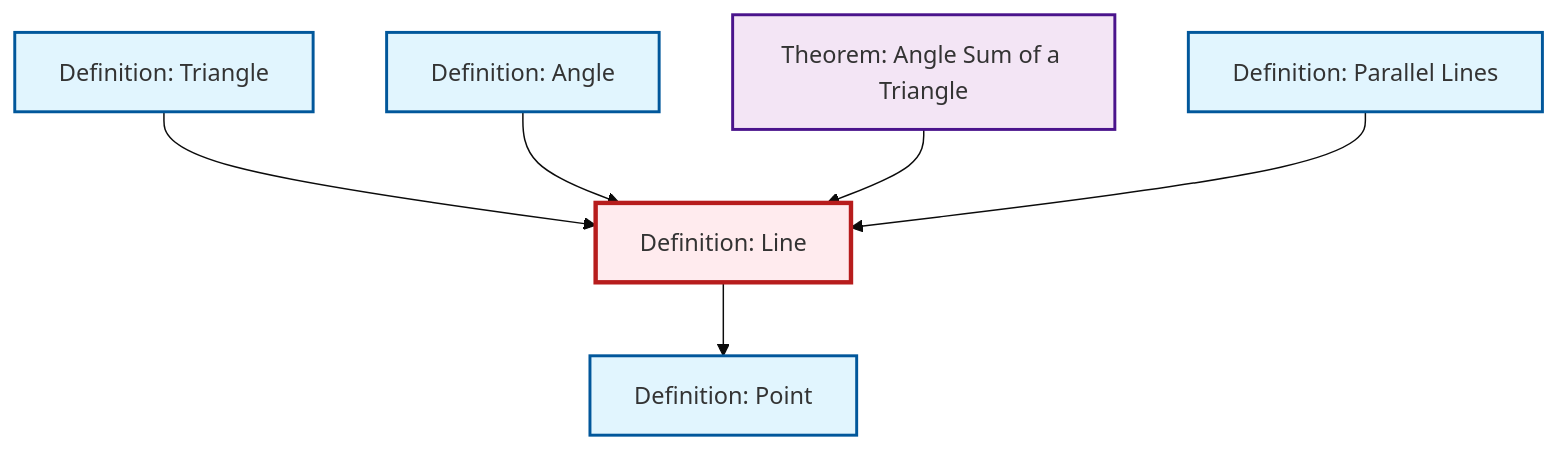
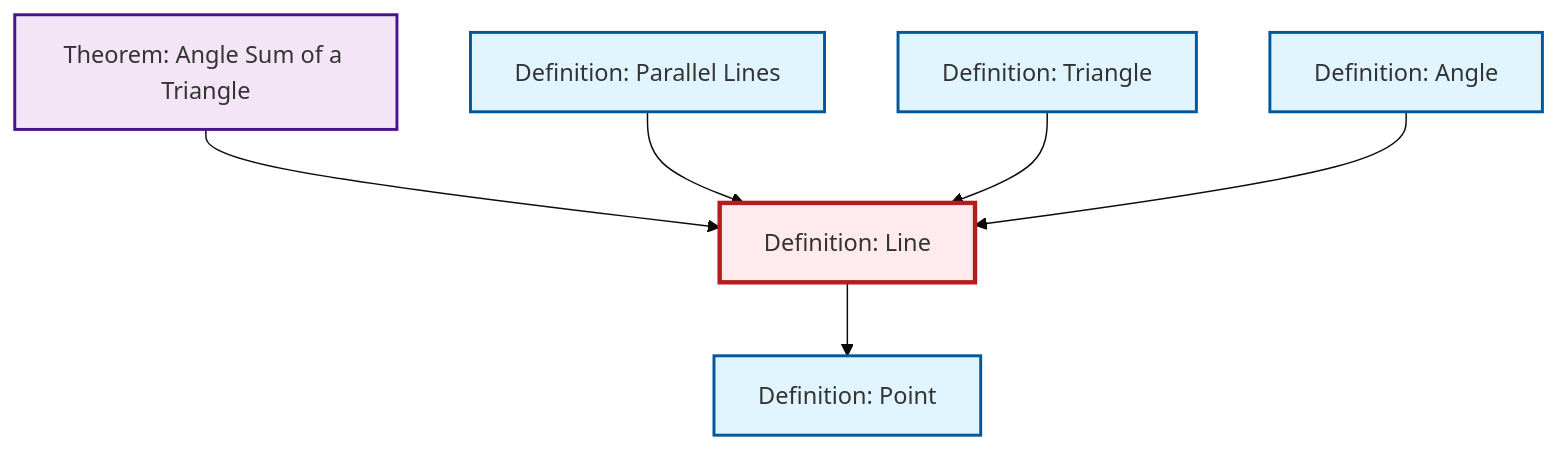
The diagram in content/ja/geometry/def-line.qmd (RK0429/ModernMath), drawn with Mermaid (base theme) before and after one commit. The commit also changed other lines of this file and 531 other files, not shown here.

````diff
--- a/content/ja/geometry/def-line.qmd
+++ b/content/ja/geometry/def-line.qmd
@@ -46,26 +46,26 @@
 ```{mermaid}
 %%| fig-cap: "Local dependency graph"
 graph TD
     classDef definition fill:#e1f5fe,stroke:#01579b,stroke-width:2px
     classDef theorem fill:#f3e5f5,stroke:#4a148c,stroke-width:2px
     classDef axiom fill:#fff3e0,stroke:#e65100,stroke-width:2px
     classDef example fill:#e8f5e9,stroke:#1b5e20,stroke-width:2px
     classDef current fill:#ffebee,stroke:#b71c1c,stroke-width:3px
+    def-line["Definition: Line"]:::definition
+    def-angle["Definition: Angle"]:::definition
+    def-parallel["Definition: Parallel Lines"]:::definition
     thm-angle-sum-triangle["Theorem: Angle Sum of a Triangle"]:::theorem
-    def-angle["Definition: Angle"]:::definition
     def-point["Definition: Point"]:::definition
-    def-parallel["Definition: Parallel Lines"]:::definition
-    def-line["Definition: Line"]:::definition
     def-triangle["Definition: Triangle"]:::definition
+    thm-angle-sum-triangle --> def-line
+    def-parallel --> def-line
     def-triangle --> def-line
     def-line --> def-point
     def-angle --> def-line
-    thm-angle-sum-triangle --> def-line
-    def-parallel --> def-line
     class def-line current
+    click def-angle "def-angle.html" "Definition: Angleへ"
+    click def-parallel "def-parallel.html" "Definition: Parallel Linesへ"
     click thm-angle-sum-triangle "thm-angle-sum-triangle.html" "Theorem: Angle Sum of a Triangleへ"
-    click def-angle "def-angle.html" "Definition: Angleへ"
     click def-point "def-point.html" "Definition: Pointへ"
-    click def-parallel "def-parallel.html" "Definition: Parallel Linesへ"
     click def-triangle "def-triangle.html" "Definition: Triangleへ"
 ```
````
